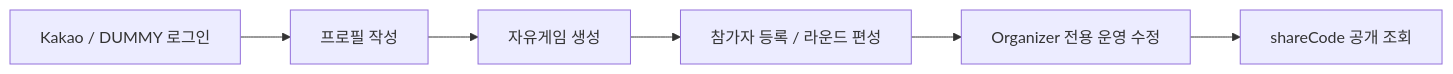
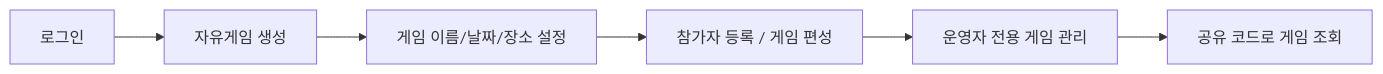
The diagram in posts/projects/rally-on/1-section.md (Gumraze-git/devlog), drawn with Mermaid before and after one commit. The commit also changed other lines of this file and 7 other files, not shown here.

````diff
--- a/posts/projects/rally-on/1-section.md
+++ b/posts/projects/rally-on/1-section.md
@@ -15,8 +18,8 @@
 ```mermaid
 flowchart LR
-  A["Kakao / DUMMY 로그인"] --> B["프로필 작성"]
-  B --> C["자유게임 생성"]
-  C --> D["참가자 등록 / 라운드 편성"]
-  D --> E["Organizer 전용 운영 수정"]
-  E --> F["shareCode 공개 조회"]
+  A["로그인"] --> B["자유게임 생성"]
+  B --> C["게임 이름/날짜/장소 설정"]
+  C --> D["참가자 등록 / 게임 편성"]
+  D --> E["운영자 전용 게임 관리"]
+  E --> F["공유 코드로 게임 조회"]
 ```
````
